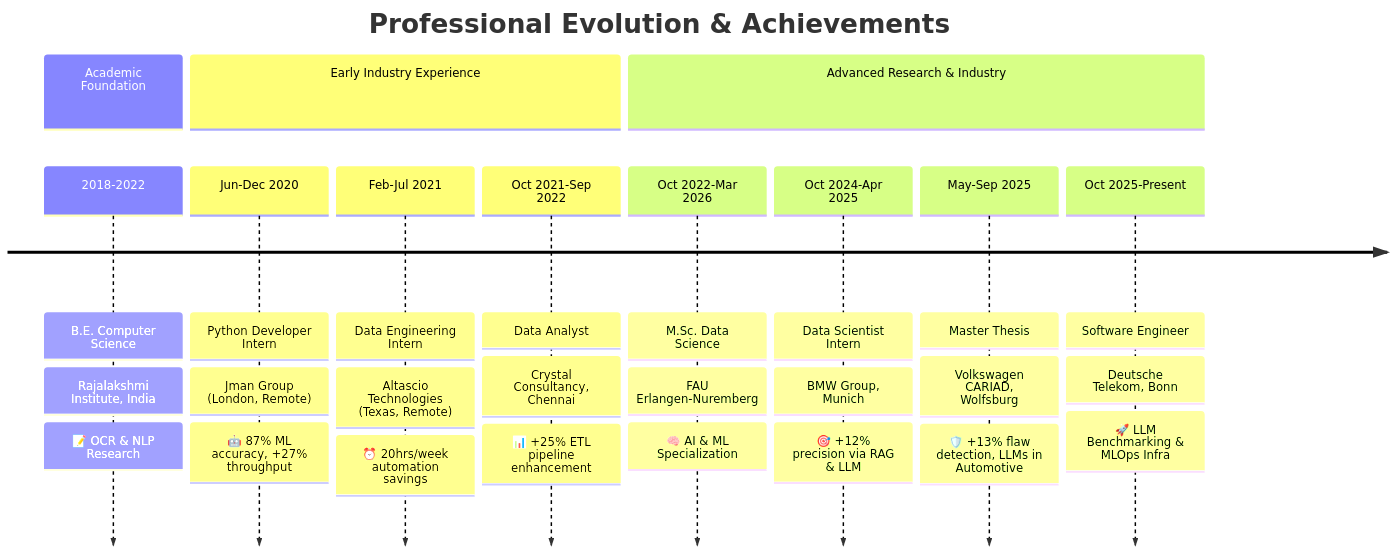
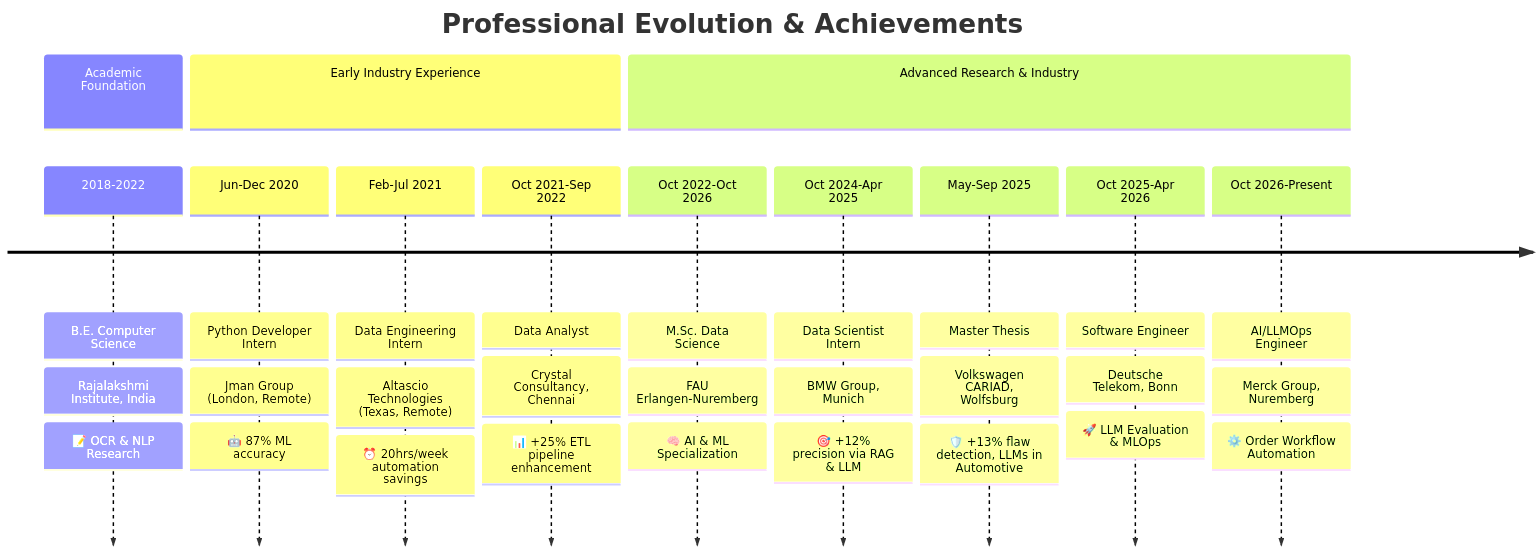
One commit to DARREN-2000/DARREN-2000 changed the fourth of 4 diagrams in README.md. Above: the diagram before and after it, drawn with Mermaid. The commit also changed other lines of this file, not shown here.

````diff
--- a/README.md
+++ b/README.md
@@ -228,34 +240,37 @@
 ```mermaid
 timeline
     title Professional Evolution & Achievements
 
     section Academic Foundation
         2018-2022    : B.E. Computer Science
                      : Rajalakshmi Institute, India
                      : 📝 OCR & NLP Research
 
     section Early Industry Experience
         Jun-Dec 2020 : Python Developer Intern
                      : Jman Group (London, Remote)
-                     : 🤖 87% ML accuracy, +27% throughput
+                     : 🤖 87% ML accuracy
         Feb-Jul 2021 : Data Engineering Intern
                      : Altascio Technologies (Texas, Remote)
                      : ⏰ 20hrs/week automation savings
         Oct 2021-Sep 2022 : Data Analyst
                            : Crystal Consultancy, Chennai
                            : 📊 +25% ETL pipeline enhancement
 
     section Advanced Research & Industry
-        Oct 2022-Mar 2026 : M.Sc. Data Science
+        Oct 2022-Oct 2026 : M.Sc. Data Science
                           : FAU Erlangen-Nuremberg
                           : 🧠 AI & ML Specialization
         Oct 2024-Apr 2025 : Data Scientist Intern
                           : BMW Group, Munich
                           : 🎯 +12% precision via RAG & LLM
         May-Sep 2025      : Master Thesis
                           : Volkswagen CARIAD, Wolfsburg
                           : 🛡️ +13% flaw detection, LLMs in Automotive
-        Oct 2025-Present  : Software Engineer
+        Oct 2025-Apr 2026 : Software Engineer
                           : Deutsche Telekom, Bonn
-                          : 🚀 LLM Benchmarking & MLOps Infra
+                          : 🚀 LLM Evaluation & MLOps
+        Oct 2026-Present  : AI/LLMOps Engineer
+                          : Merck Group, Nuremberg
+                          : ⚙️ Order Workflow Automation
 ```
````
